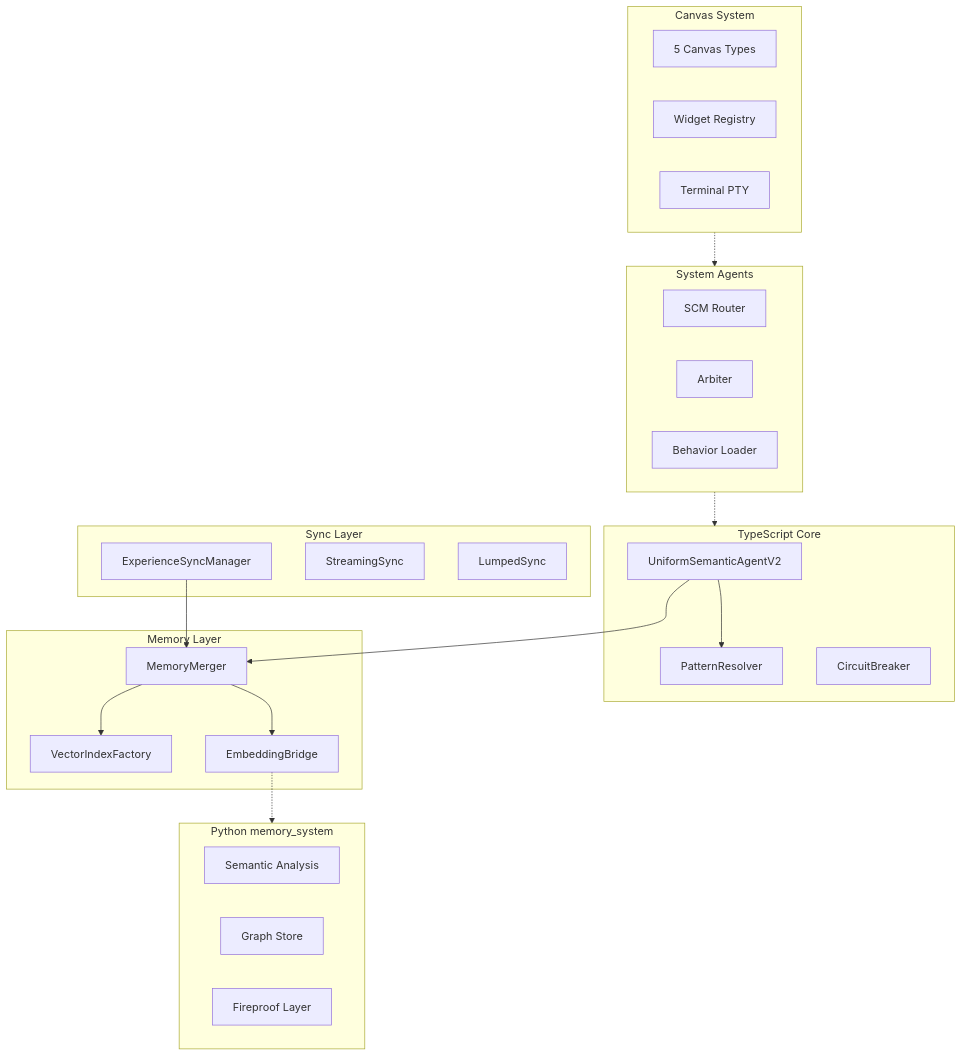
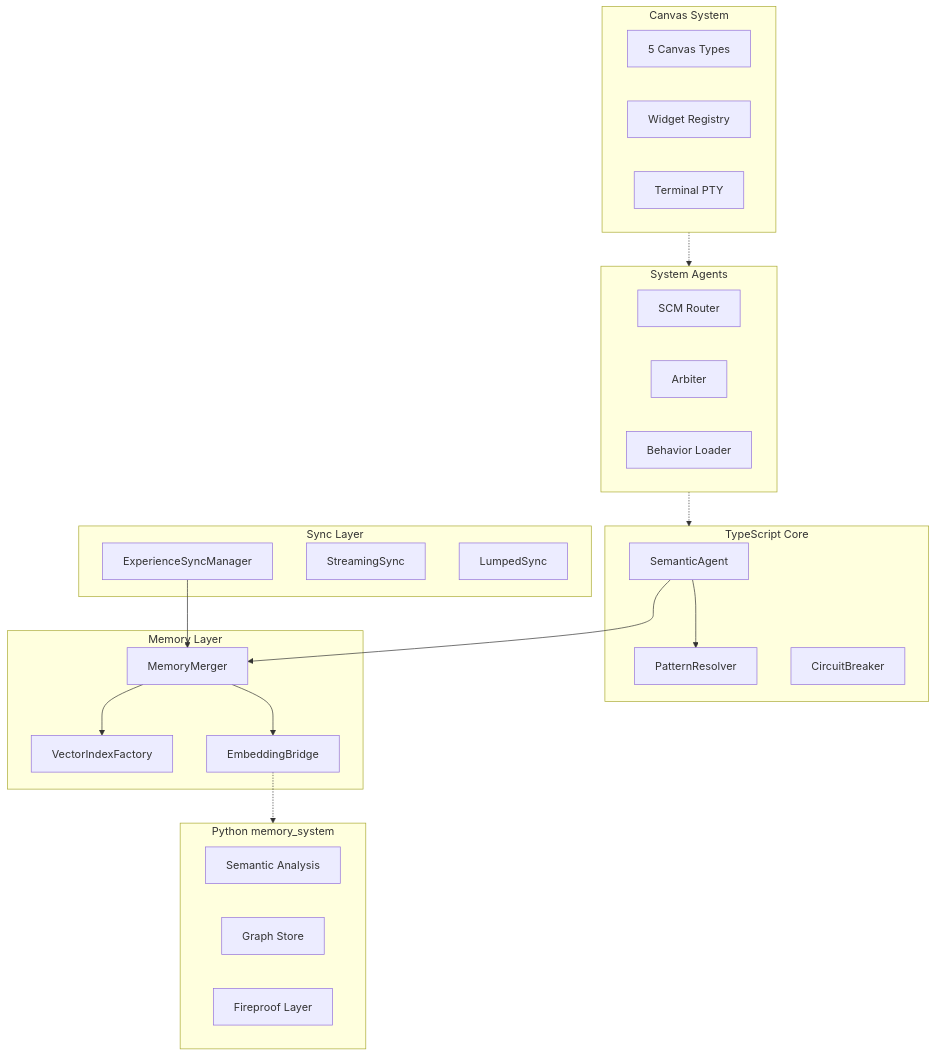
One commit to Replicant-Partners/Chrysalis changed the diagram in docs/STATUS.md. Above: the diagram before and after it, drawn with Mermaid. The commit also changed other lines of this file and 506 other files, not shown here.

````diff
--- a/docs/STATUS.md
+++ b/docs/STATUS.md
@@ -119,47 +120,47 @@
 ```mermaid
 flowchart TB
     subgraph Core[TypeScript Core]
-        USA[UniformSemanticAgentV2]
+        SemanticAgent[SemanticAgent]
         PR[PatternResolver]
         CB[CircuitBreaker]
     end
 
     subgraph Memory[Memory Layer]
         MM[MemoryMerger]
         VIF[VectorIndexFactory]
         EB[EmbeddingBridge]
     end
 
     subgraph Sync[Sync Layer]
         ESM[ExperienceSyncManager]
         SS[StreamingSync]
         LS[LumpedSync]
     end
 
     subgraph Python[Python memory_system]
         SEM[Semantic Analysis]
         GR[Graph Store]
         FP[Fireproof Layer]
     end
 
     subgraph Canvas[Canvas System]
         CVS[5 Canvas Types]
         WGT[Widget Registry]
         PTY[Terminal PTY]
     end
 
     subgraph Agents[System Agents]
         SCM[SCM Router]
         ARB[Arbiter]
         BEH[Behavior Loader]
     end
 
-    USA --> PR
-    USA --> MM
+    SemanticAgent --> PR
+    SemanticAgent --> MM
     MM --> VIF
     MM --> EB
     ESM --> MM
     EB -.-> Python
     Canvas -.-> Agents
     Agents -.-> Core
 ```
````
